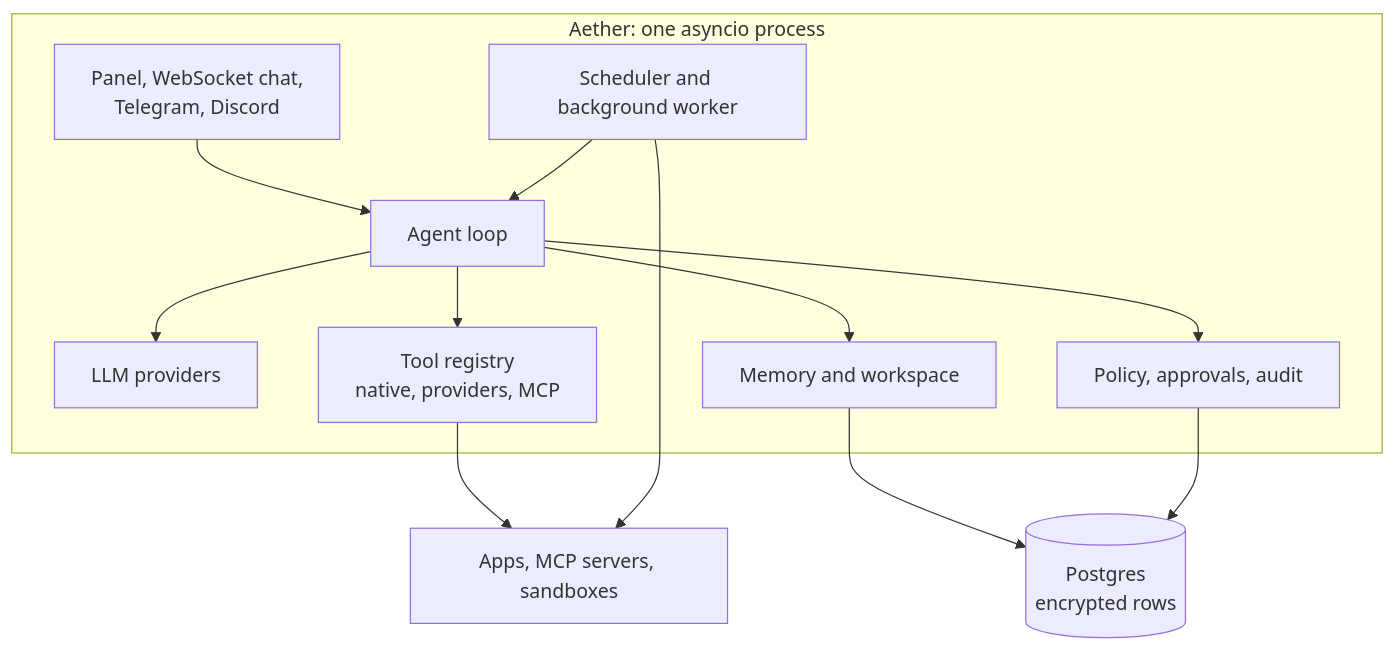
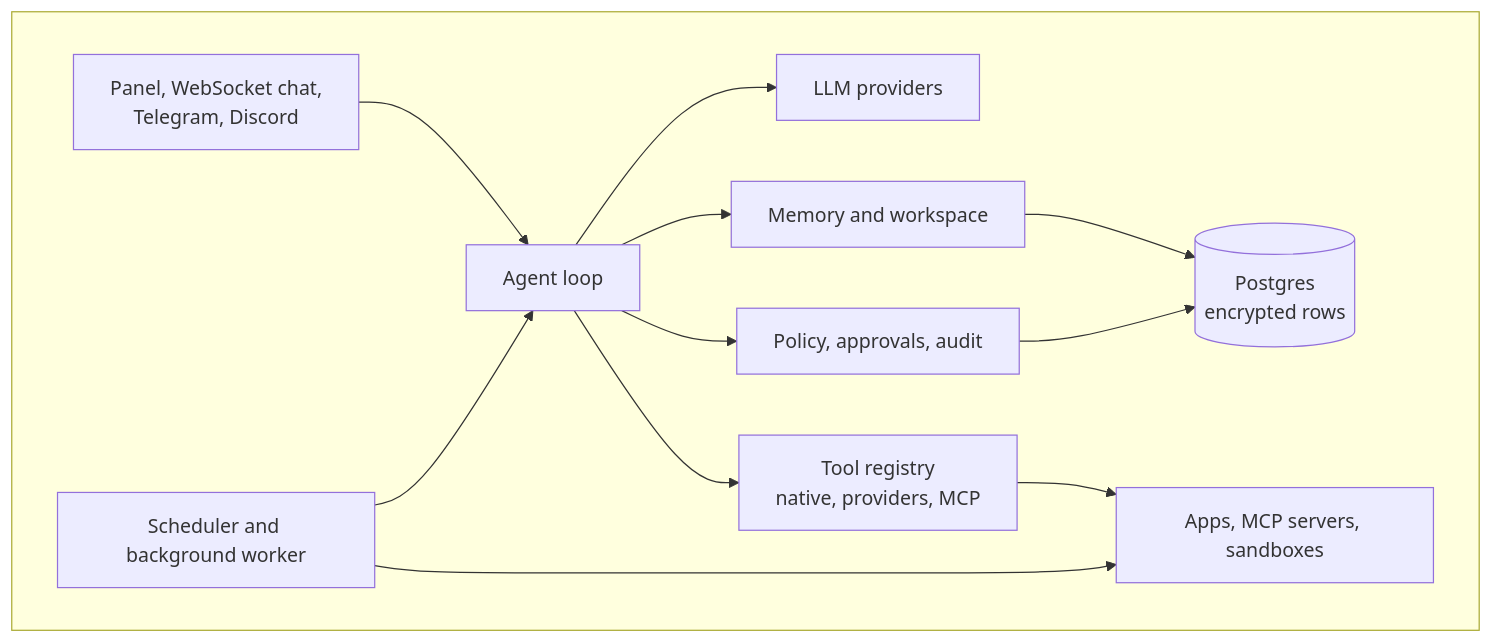
One commit to Vedant-Git-dev/Aether changed the second of 2 diagrams in README.md. Above: the diagram before and after it, drawn with Mermaid. The commit also changed other lines of this file and 20 other files, not shown here.

````diff
--- a/README.md
+++ b/README.md
@@ -442,26 +253,26 @@
 ```mermaid
 flowchart TB
-    subgraph A["Aether: one asyncio process"]
+    subgraph A[" "]
         UI["Panel, WebSocket chat,<br/>Telegram, Discord"]
         Loop["Agent loop"]
         LLM["LLM providers"]
         Tools["Tool registry<br/>native, providers, MCP"]
         Gate["Policy, approvals, audit"]
         Memory["Memory and workspace"]
         Worker["Scheduler and background worker"]
-    end
-
+    
     DB[("Postgres<br/>encrypted rows")]
     Out["Apps, MCP servers, sandboxes"]
 
     UI --> Loop
     Loop --> LLM
     Loop --> Tools
     Loop --> Gate
     Loop --> Memory
     Worker --> Loop
     Memory --> DB
     Gate --> DB
     Tools --> Out
     Worker --> Out
+    end
 ```
````
